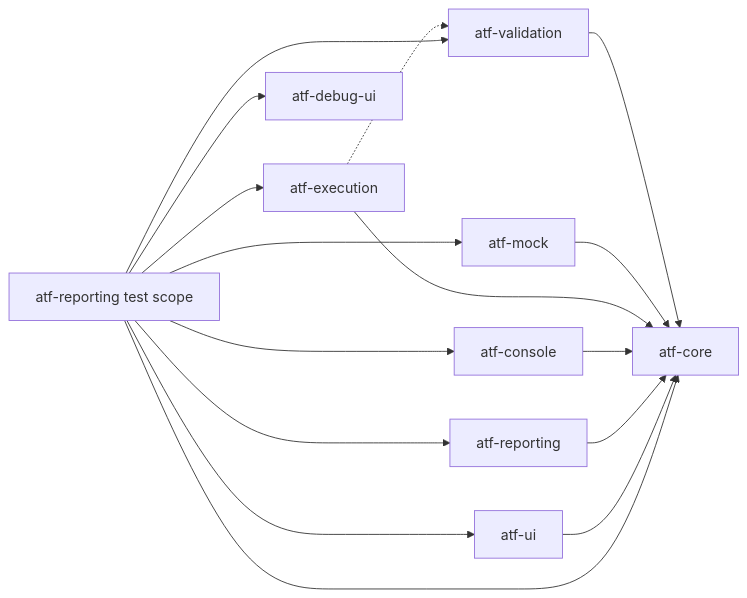
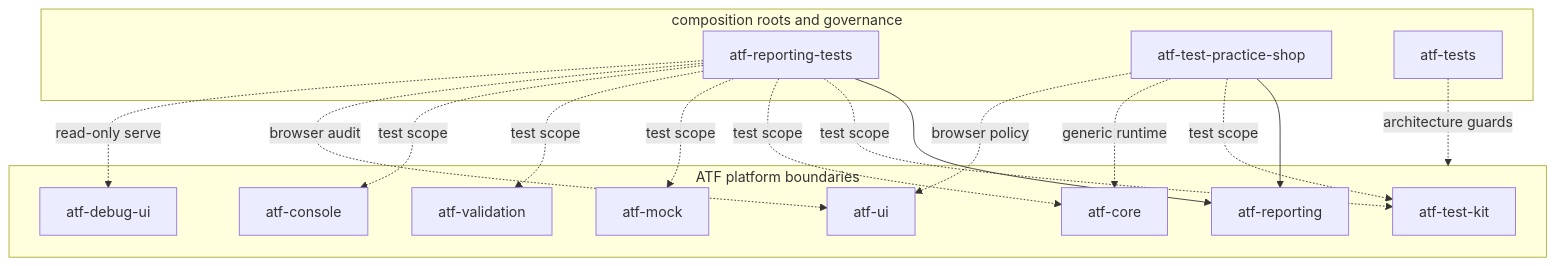
The second of 6 diagrams in README.md (crististefanita/demo2), drawn with Mermaid before and after one commit. The commit also changed other lines of this file and 894 other files, not shown here.

````diff
--- a/README.md
+++ b/README.md
@@ -216,18 +90,33 @@
 ```mermaid
-flowchart LR
-    Tests[atf-reporting test scope] --> Execution[atf-execution]
-    Tests --> Mock[atf-mock]
-    Validation[atf-validation] --> Core[atf-core]
-    Mock[atf-mock] --> Core
-    Execution[atf-execution] -.-> Validation
-    Execution --> Core
-    Console[atf-console] --> Core
-    Reporting[atf-reporting] --> Core
-    Ui[atf-ui] --> Core
-    Tests --> DebugUi[atf-debug-ui]
-    Tests --> Validation
-    Tests --> Reporting
-    Tests --> Console
-    Tests --> Core
-    Tests --> Ui
+flowchart TB
+    subgraph Platform[ATF platform boundaries]
+        Kit[atf-test-kit]
+        Core[atf-core]
+        Mock[atf-mock]
+        Validation[atf-validation]
+        Console[atf-console]
+        Reporting[atf-reporting]
+        Ui[atf-ui]
+        Debug[atf-debug-ui]
+    end
+
+    subgraph Consumers[composition roots and governance]
+        ReportingTests[atf-reporting-tests]
+        PracticeShop[atf-test-practice-shop]
+        Governance[atf-tests]
+    end
+
+    ReportingTests --> Reporting
+    ReportingTests -. test scope .-> Kit
+    ReportingTests -. test scope .-> Core
+    ReportingTests -. test scope .-> Mock
+    ReportingTests -. test scope .-> Validation
+    ReportingTests -. test scope .-> Console
+    ReportingTests -. browser audit .-> Ui
+    ReportingTests -. read-only serve .-> Debug
+    PracticeShop --> Reporting
+    PracticeShop -. test scope .-> Kit
+    PracticeShop -. generic runtime .-> Core
+    PracticeShop -. browser policy .-> Ui
+    Governance -. architecture guards .-> Platform
 ```
````
